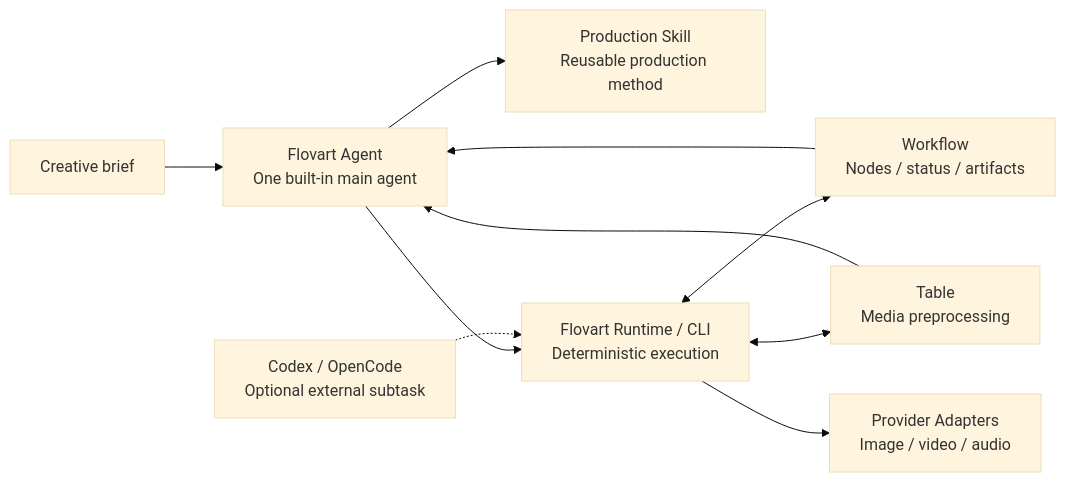
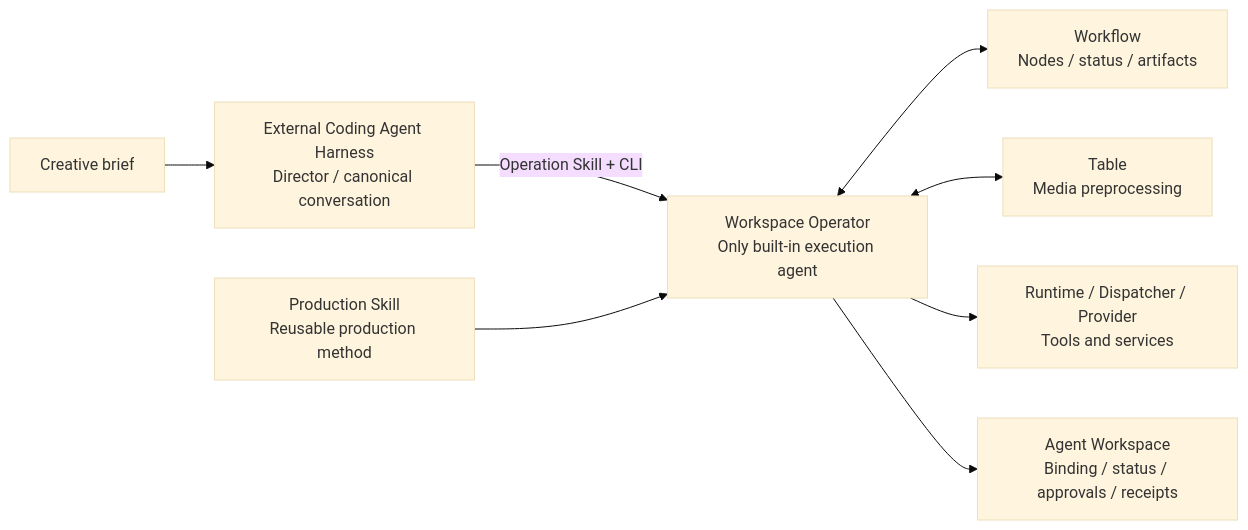
One commit to Paker-kk/Flovart changed the diagram in README.en.md. Above: the diagram before and after it, drawn with Mermaid (base theme). The commit also changed other lines of this file and 67 other files, not shown here.

````diff
--- a/README.en.md
+++ b/README.en.md
@@ -74,12 +75,10 @@
 ```mermaid
 flowchart LR
-  B["Creative brief"] --> A["Flovart Agent<br/>One built-in main agent"]
-  A --> S["Production Skill<br/>Reusable production method"]
-  A --> C["Flovart Runtime / CLI<br/>Deterministic execution"]
-  X["Codex / OpenCode<br/>Optional external subtask"] -.-> C
-  C <--> W["Workflow<br/>Nodes / status / artifacts"]
-  C <--> T["Table<br/>Media preprocessing"]
-  C --> M["Provider Adapters<br/>Image / video / audio"]
-  W --> A
-  T --> A
+  B["Creative brief"] --> D["External Coding Agent Harness<br/>Director / canonical conversation"]
+  D -->|"Operation Skill + CLI"| O["Workspace Operator<br/>Only built-in execution agent"]
+  S["Production Skill<br/>Reusable production method"] --> O
+  O <--> W["Workflow<br/>Nodes / status / artifacts"]
+  O <--> T["Table<br/>Media preprocessing"]
+  O --> R["Runtime / Dispatcher / Provider<br/>Tools and services"]
+  O --> A["Agent Workspace<br/>Binding / status / approvals / receipts"]
 ```
````
